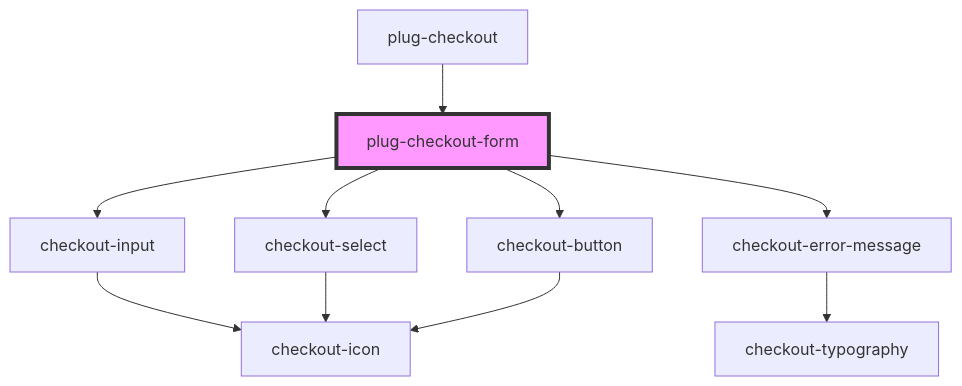
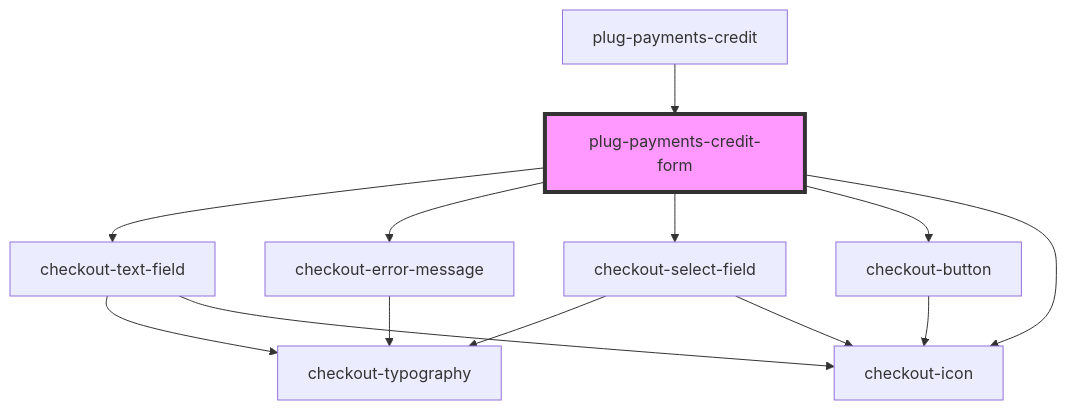
One commit to plughacker/malga-checkout changed the diagram in packages/checkout/core/src/components/plug-payments-credit/partials/plug-payments-credit-form/readme.md. Above: the diagram before and after it, drawn with Mermaid. The commit also changed other lines of this file and 19 other files, not shown here.

Commit message:
feat(packages): build packages to use on plug-checkout-full

````diff
--- a/packages/checkout/core/src/components/plug-payments-credit/partials/plug-payments-credit-form/readme.md
+++ b/packages/checkout/core/src/components/plug-payments-credit/partials/plug-payments-credit-form/readme.md
@@ -39,13 +40,16 @@
 ```mermaid
 graph TD;
-  plug-checkout-form --> checkout-input
-  plug-checkout-form --> checkout-error-message
-  plug-checkout-form --> checkout-select
-  plug-checkout-form --> checkout-button
-  checkout-input --> checkout-icon
+  plug-payments-credit-form --> checkout-text-field
+  plug-payments-credit-form --> checkout-error-message
+  plug-payments-credit-form --> checkout-select-field
+  plug-payments-credit-form --> checkout-button
+  plug-payments-credit-form --> checkout-icon
+  checkout-text-field --> checkout-typography
+  checkout-text-field --> checkout-icon
   checkout-error-message --> checkout-typography
-  checkout-select --> checkout-icon
+  checkout-select-field --> checkout-typography
+  checkout-select-field --> checkout-icon
   checkout-button --> checkout-icon
-  plug-checkout --> plug-checkout-form
-  style plug-checkout-form fill:#f9f,stroke:#333,stroke-width:4px
+  plug-payments-credit --> plug-payments-credit-form
+  style plug-payments-credit-form fill:#f9f,stroke:#333,stroke-width:4px
 ```
````
